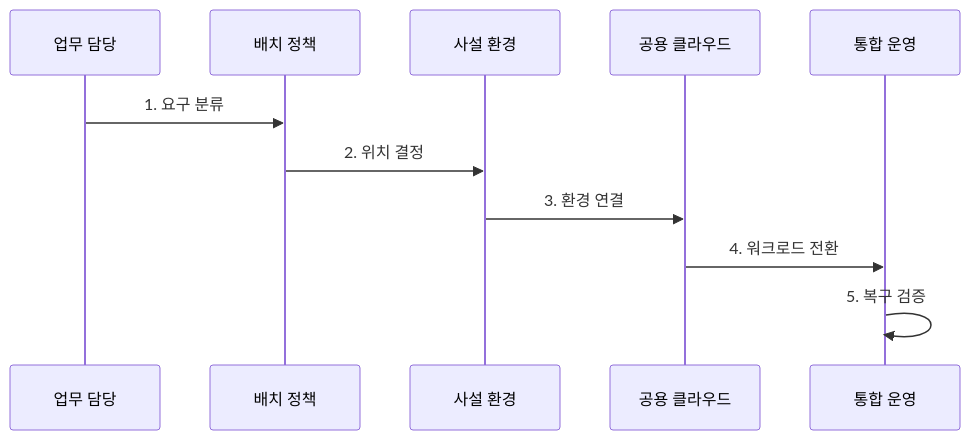
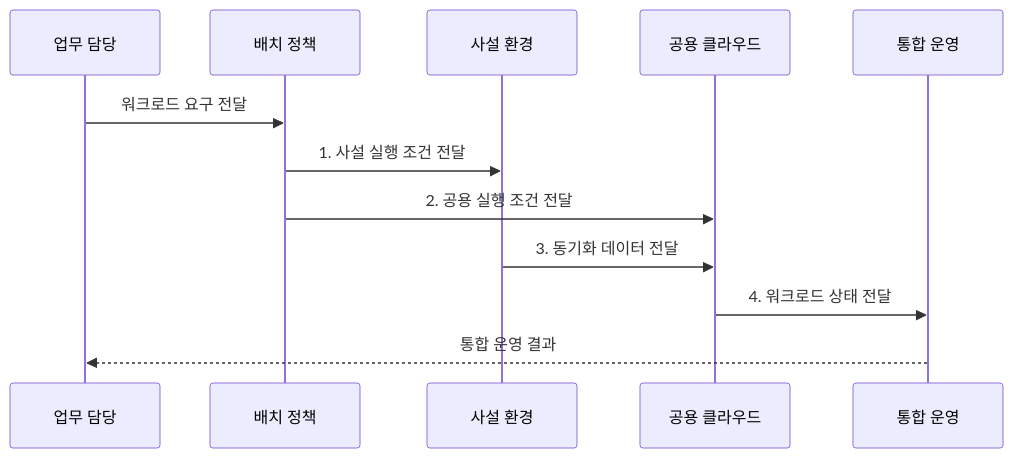
Before and after one commit to agnusdei1207/knowledge-base: the second of 2 diagrams in src/content/docs/notes/08-latest-tech/181_hybrid_cloud.md, drawn with Mermaid. The commit also changed other lines of this file and 225 other files, not shown here.

````diff
--- a/src/content/docs/notes/08-latest-tech/181_hybrid_cloud.md
+++ b/src/content/docs/notes/08-latest-tech/181_hybrid_cloud.md
@@ -75,13 +75,14 @@
 ```mermaid
 sequenceDiagram
   participant W as 업무 담당
   participant P as 배치 정책
   participant H as 사설 환경
   participant C as 공용 클라우드
   participant O as 통합 운영
-  W->>P: 1. 요구 분류
-  P->>H: 2. 위치 결정
-  H->>C: 3. 환경 연결
-  C->>O: 4. 워크로드 전환
-  O->>O: 5. 복구 검증
+  W->>P: 워크로드 요구 전달
+  P->>H: 1. 사설 실행 조건 전달
+  P->>C: 2. 공용 실행 조건 전달
+  H->>C: 3. 동기화 데이터 전달
+  C->>O: 4. 워크로드 상태 전달
+  O-->>W: 통합 운영 결과
 ```
````
